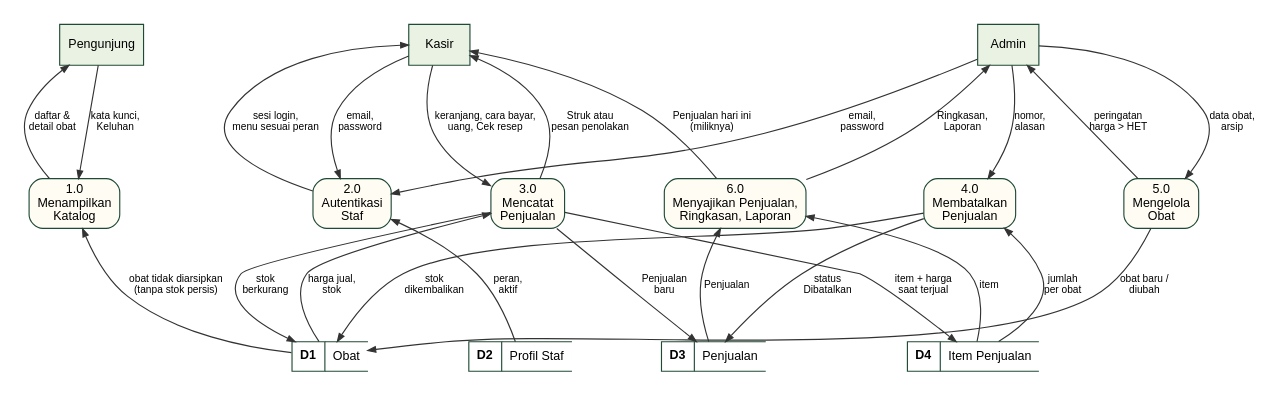
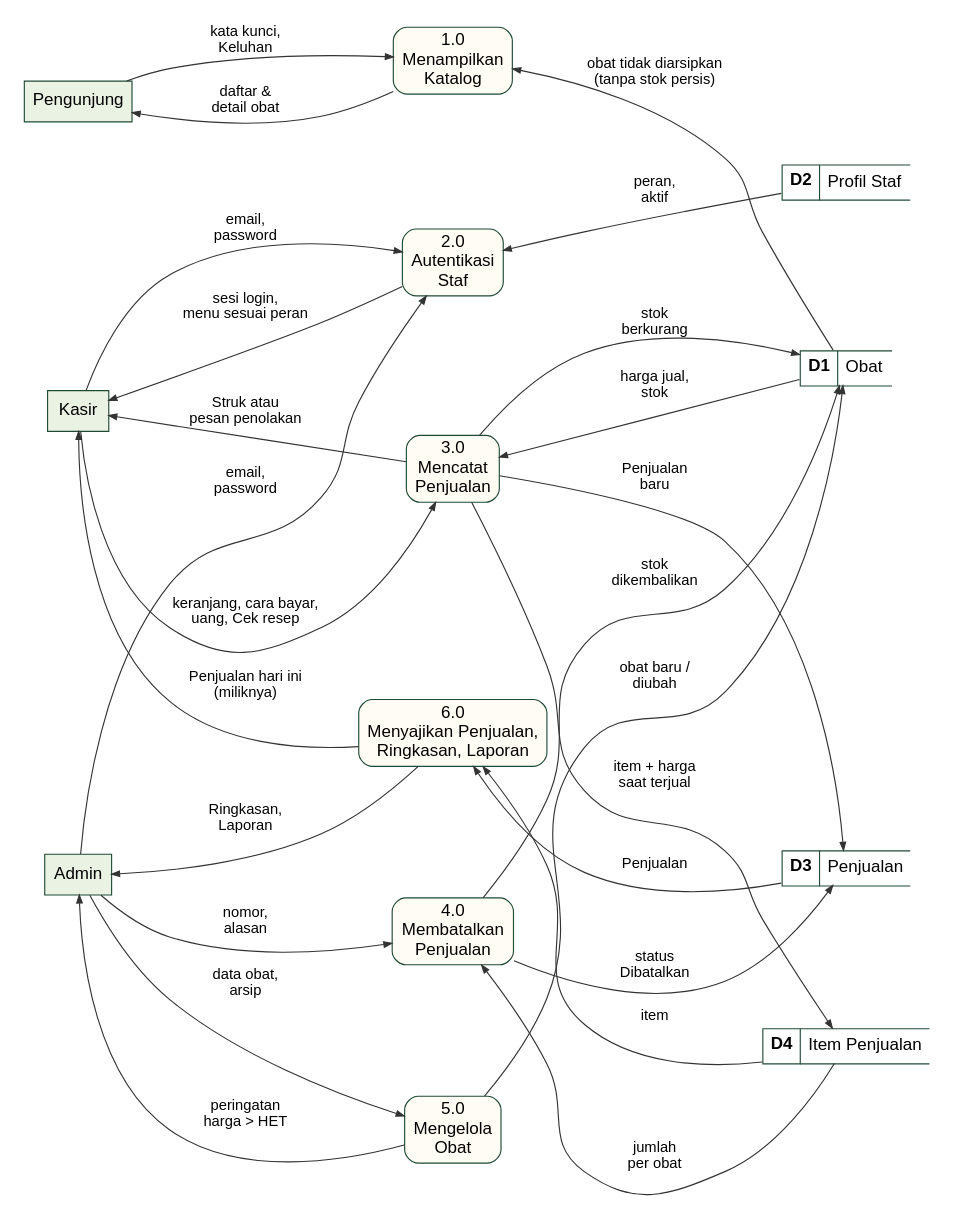
Before and after one commit to azkafarhanm/aplikasi-apotik: the diagram in docs/sesi/gambar/sesi-04/dfd-1.dot, drawn with Graphviz. The commit also changed 1 other file, not shown here.

Commit message:
docs: DFD level 1 Sesi 4 disusun memanjang ke bawah agar tegak di A4
Entitas di kiri, proses di tengah, penyimpanan data di kanan; huruf
diperbesar supaya tetap terbaca tanpa memutar halaman.

Claude-Session: https://claude.ai/code/session_01TDDJJ8ZLsCKAhURCPscRqp

```diff
--- a/docs/sesi/gambar/sesi-04/dfd-1.dot
+++ b/docs/sesi/gambar/sesi-04/dfd-1.dot
@@ -1,72 +1,72 @@
 // DFD level 1 ApotikKu, notasi Gane & Sarson. Sumber: docs/SPEC.md 4.3–4.5.
-// Entitas di atas, proses di tengah, penyimpanan data di bawah.
+// Entitas di kiri, proses di tengah, penyimpanan data di kanan (memanjang ke bawah agar muat tegak di A4).
 digraph dfd1 {
-  graph [rankdir=TB, nodesep=0.55, ranksep=1.1, fontname="Liberation Sans", splines=true, pad=0.2];
-  node  [fontname="Liberation Sans", fontsize=11, color="#1F4A36", style=filled, fillcolor="#FFFCF3"];
-  edge  [fontname="Liberation Sans", fontsize=9, color="#333333", arrowsize=0.7];
+  graph [rankdir=LR, nodesep=0.8, ranksep=0.9, fontname="Liberation Sans", splines=true, pad=0.2];
+  node  [fontname="Liberation Sans", fontsize=15, color="#1F4A36", style=filled, fillcolor="#FFFCF3"];
+  edge  [fontname="Liberation Sans", fontsize=13, color="#333333", arrowsize=0.7];
 
   // Entitas luar
   P [label="Pengunjung", shape=box, fillcolor="#EAF2E3"];
   K [label="Kasir", shape=box, fillcolor="#EAF2E3"];
   A [label="Admin", shape=box, fillcolor="#EAF2E3"];
   { rank=same; P; K; A; }
 
   // Proses
   node [shape=box, style="rounded,filled"];
   P1 [label="1.0\nMenampilkan\nKatalog"];
   P2 [label="2.0\nAutentikasi\nStaf"];
   P3 [label="3.0\nMencatat\nPenjualan"];
   P6 [label="6.0\nMenyajikan Penjualan,\nRingkasan, Laporan"];
   P4 [label="4.0\nMembatalkan\nPenjualan"];
   P5 [label="5.0\nMengelola\nObat"];
   { rank=same; P1; P2; P3; P6; P4; P5; }
 
   // Penyimpanan data
   node [shape=plain];
   D1 [label=<<table border="0" cellborder="1" cellspacing="0" cellpadding="6" color="#1F4A36" bgcolor="#FFFFFF"><tr><td><b>D1</b></td><td sides="TB">Obat</td></tr></table>>];
   D2 [label=<<table border="0" cellborder="1" cellspacing="0" cellpadding="6" color="#1F4A36" bgcolor="#FFFFFF"><tr><td><b>D2</b></td><td sides="TB">Profil Staf</td></tr></table>>];
   D3 [label=<<table border="0" cellborder="1" cellspacing="0" cellpadding="6" color="#1F4A36" bgcolor="#FFFFFF"><tr><td><b>D3</b></td><td sides="TB">Penjualan</td></tr></table>>];
   D4 [label=<<table border="0" cellborder="1" cellspacing="0" cellpadding="6" color="#1F4A36" bgcolor="#FFFFFF"><tr><td><b>D4</b></td><td sides="TB">Item Penjualan</td></tr></table>>];
-  { rank=same; D1; D2; D3; D4; }
+  { rank=same; D2; D1; D3; D4; }
 
-  // Urutan kiri-ke-kanan
+  // Urutan atas-ke-bawah di setiap kolom
   P -> K -> A [style=invis];
   P1 -> P2 -> P3 -> P6 -> P4 -> P5 [style=invis];
-  D1 -> D2 -> D3 -> D4 [style=invis];
+  D2 -> D1 -> D3 -> D4 [style=invis];
 
   // 1.0
   P  -> P1 [label="kata kunci,\nKeluhan"];
   P1 -> P  [label="daftar &\ndetail obat"];
   D1 -> P1 [label="obat tidak diarsipkan\n(tanpa stok persis)"];
 
   // 2.0
   K  -> P2 [label="email,\npassword"];
   A  -> P2 [label="email,\npassword"];
   D2 -> P2 [label="peran,\naktif"];
   P2 -> K  [label="sesi login,\nmenu sesuai peran"];
 
   // 3.0
   K  -> P3 [label="keranjang, cara bayar,\nuang, Cek resep"];
   P3 -> K  [label="Struk atau\npesan penolakan"];
   D1 -> P3 [label="harga jual,\nstok"];
   P3 -> D1 [label="stok\nberkurang"];
   P3 -> D3 [label="Penjualan\nbaru"];
   P3 -> D4 [label="item + harga\nsaat terjual"];
 
   // 6.0
   D3 -> P6 [label="Penjualan"];
   D4 -> P6 [label="item"];
   P6 -> K  [label="Penjualan hari ini\n(miliknya)"];
   P6 -> A  [label="Ringkasan,\nLaporan"];
 
   // 4.0
   A  -> P4 [label="nomor,\nalasan"];
   D4 -> P4 [label="jumlah\nper obat"];
   P4 -> D3 [label="status\nDibatalkan"];
   P4 -> D1 [label="stok\ndikembalikan"];
 
   // 5.0
   A  -> P5 [label="data obat,\narsip"];
   P5 -> A  [label="peringatan\nharga > HET"];
   P5 -> D1 [label="obat baru /\ndiubah"];
 }
```
